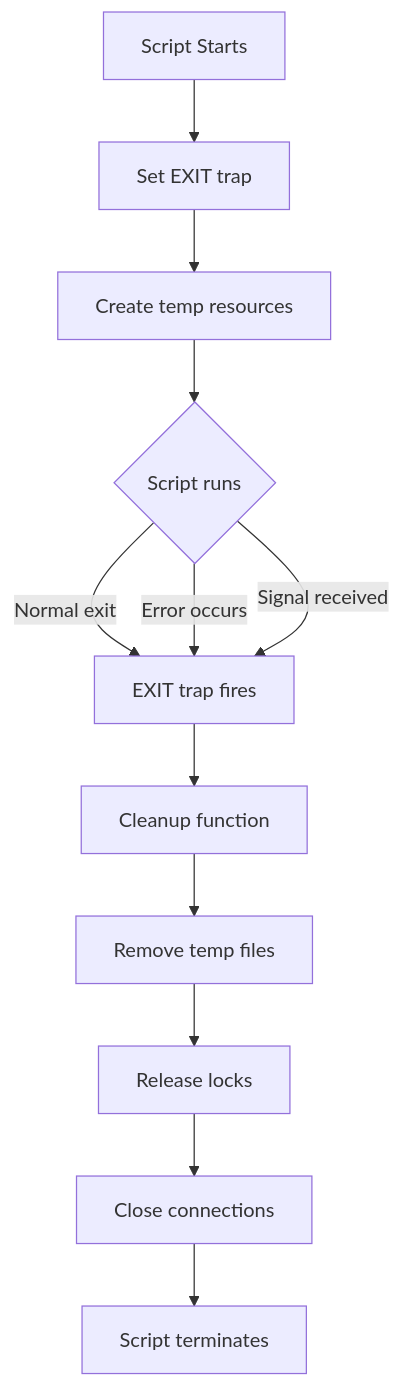
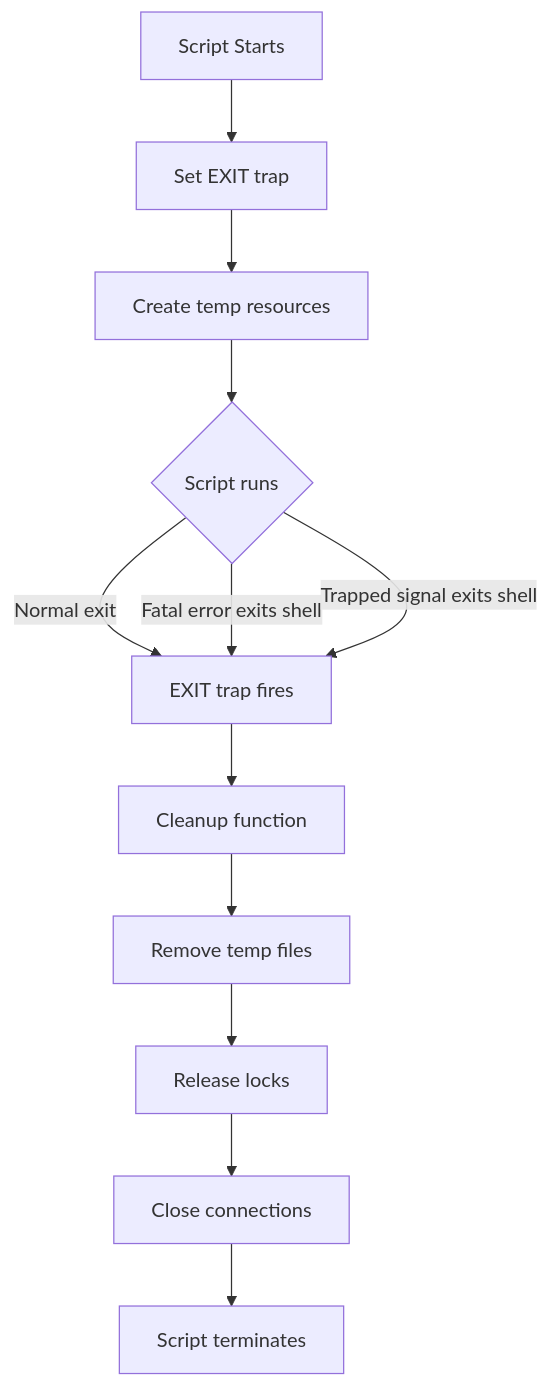
One commit to OneUptime/blog changed the second of 4 diagrams in posts/2026-01-24-bash-signal-trapping/README.md. Above: the diagram before and after it, drawn with Mermaid. The commit also changed other lines of this file and 4262 other files, not shown here.

````diff
--- a/posts/2026-01-24-bash-signal-trapping/README.md
+++ b/posts/2026-01-24-bash-signal-trapping/README.md
@@ -300,16 +306,16 @@
 ```mermaid
 flowchart TD
     A[Script Starts] --> B[Set EXIT trap]
     B --> C[Create temp resources]
     C --> D{Script runs}
 
     D -->|Normal exit| E[EXIT trap fires]
-    D -->|Error occurs| E
-    D -->|Signal received| E
+    D -->|Fatal error exits shell| E
+    D -->|Trapped signal exits shell| E
 
     E --> F[Cleanup function]
     F --> G[Remove temp files]
     G --> H[Release locks]
     H --> I[Close connections]
     I --> J[Script terminates]
 ```
````
